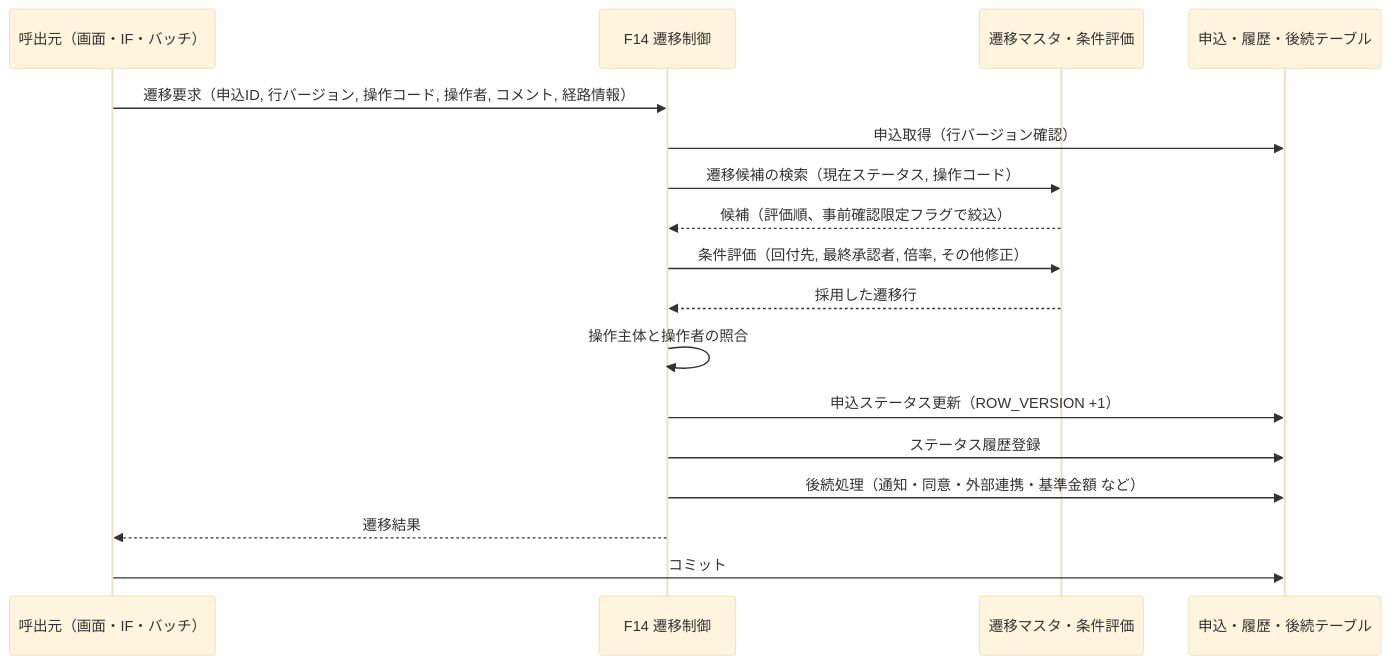
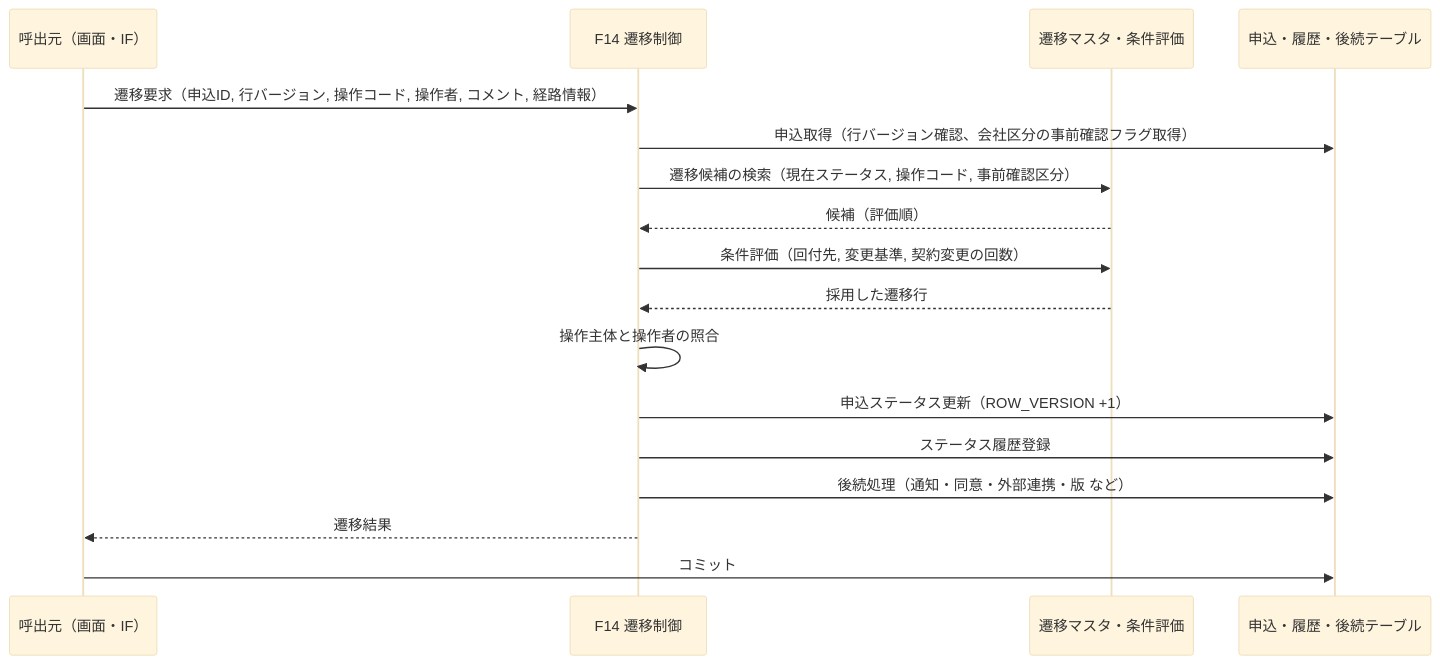
Before and after one commit to yasudaProduct/JavaServletSample2: the first of 4 diagrams in docs/basic-design/10-function-detail.md, drawn with Mermaid (base theme). The commit also changed other lines of this file and 26 other files, not shown here.

````diff
--- a/docs/basic-design/10-function-detail.md
+++ b/docs/basic-design/10-function-detail.md
@@ -82,19 +84,19 @@
 ```mermaid
 sequenceDiagram
-    participant C as 呼出元（画面・IF・バッチ）
+    participant C as 呼出元（画面・IF）
     participant T as F14 遷移制御
     participant M as 遷移マスタ・条件評価
     participant DB as 申込・履歴・後続テーブル
     C->>T: 遷移要求（申込ID, 行バージョン, 操作コード, 操作者, コメント, 経路情報）
-    T->>DB: 申込取得（行バージョン確認）
-    T->>M: 遷移候補の検索（現在ステータス, 操作コード）
-    M-->>T: 候補（評価順、事前確認限定フラグで絞込）
-    T->>M: 条件評価（回付先, 最終承認者, 倍率, その他修正）
+    T->>DB: 申込取得（行バージョン確認、会社区分の事前確認フラグ取得）
+    T->>M: 遷移候補の検索（現在ステータス, 操作コード, 事前確認区分）
+    M-->>T: 候補（評価順）
+    T->>M: 条件評価（回付先, 変更基準, 契約変更の回数）
     M-->>T: 採用した遷移行
     T->>T: 操作主体と操作者の照合
     T->>DB: 申込ステータス更新（ROW_VERSION +1）
     T->>DB: ステータス履歴登録
-    T->>DB: 後続処理（通知・同意・外部連携・基準金額 など）
+    T->>DB: 後続処理（通知・同意・外部連携・版 など）
     T-->>C: 遷移結果
     C->>DB: コミット
 ```
````
